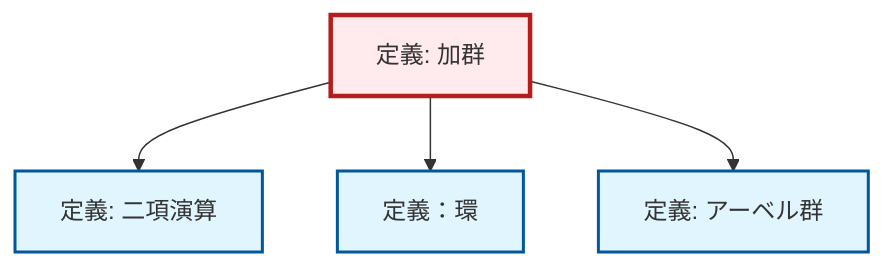
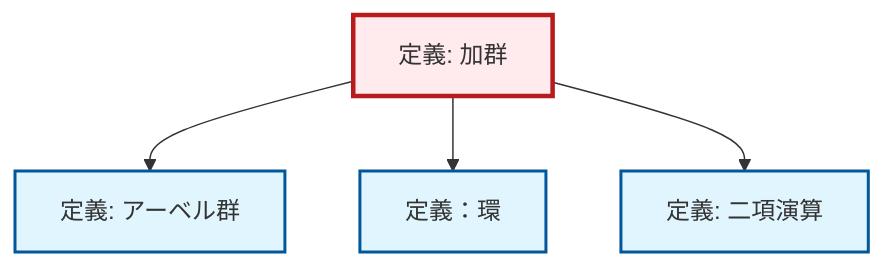
One commit to RK0429/ModernMath changed the diagram in content/ja/algebra/def-module.qmd. Above: the diagram before and after it, drawn with Mermaid. The commit also changed other lines of this file and 328 other files, not shown here.

````diff
--- a/content/ja/algebra/def-module.qmd
+++ b/content/ja/algebra/def-module.qmd
@@ -56,20 +56,20 @@
 ```{mermaid}
 %%| fig-cap: "ローカル依存関係グラフ"
 graph TD
     classDef definition fill:#e1f5fe,stroke:#01579b,stroke-width:2px
     classDef theorem fill:#f3e5f5,stroke:#4a148c,stroke-width:2px
     classDef axiom fill:#fff3e0,stroke:#e65100,stroke-width:2px
     classDef example fill:#e8f5e9,stroke:#1b5e20,stroke-width:2px
     classDef current fill:#ffebee,stroke:#b71c1c,stroke-width:3px
+    def-ring["定義：環"]:::definition
     def-module["定義: 加群"]:::definition
-    def-ring["定義：環"]:::definition
     def-abelian-group["定義: アーベル群"]:::definition
     def-binary-operation["定義: 二項演算"]:::definition
+    def-module --> def-abelian-group
+    def-module --> def-ring
     def-module --> def-binary-operation
-    def-module --> def-ring
-    def-module --> def-abelian-group
     class def-module current
     click def-ring "def-ring.html" "定義：環へ"
     click def-abelian-group "def-abelian-group.html" "アーベル群の定義へ"
     click def-binary-operation "def-binary-operation.html" "二項演算の定義へ"
 ```
````
